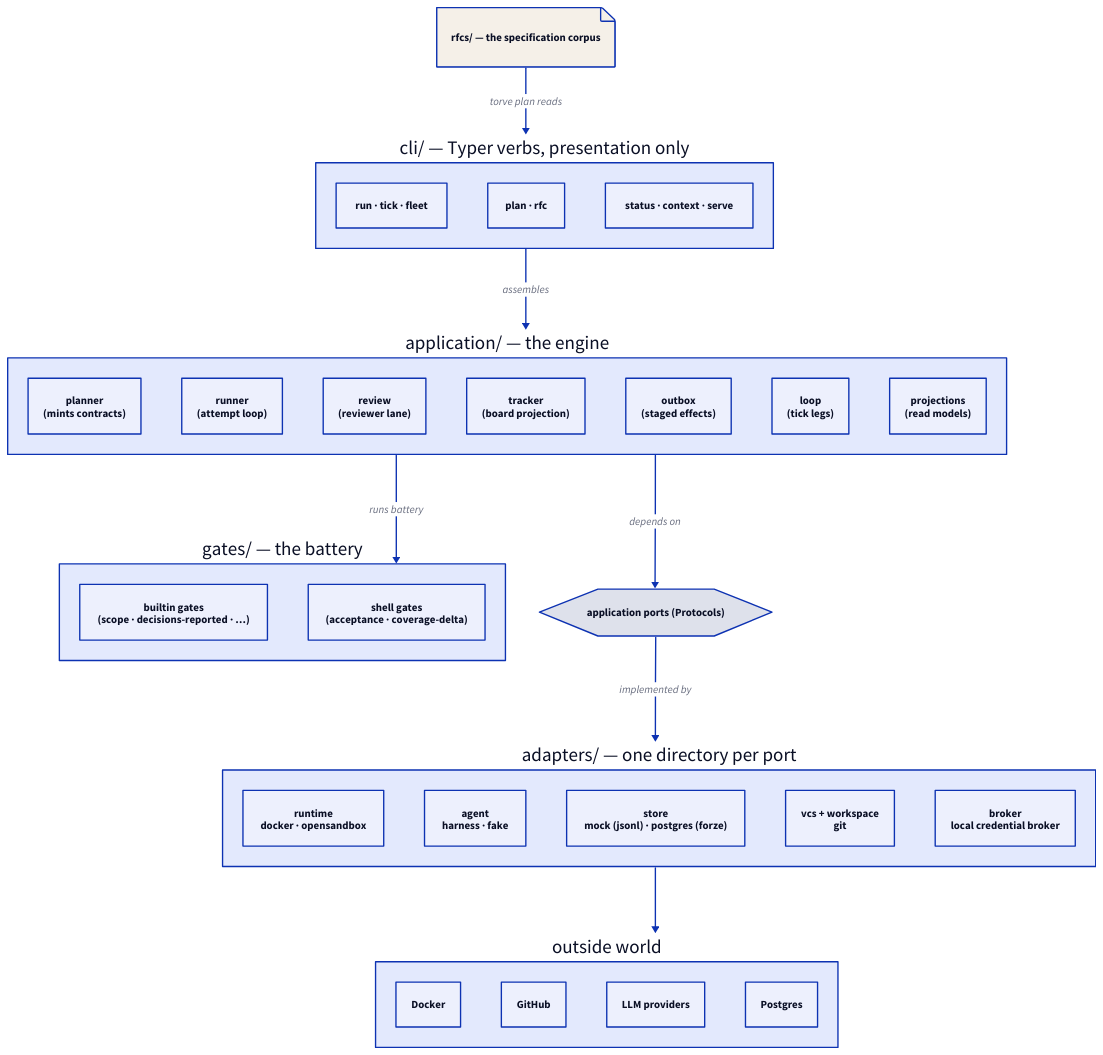
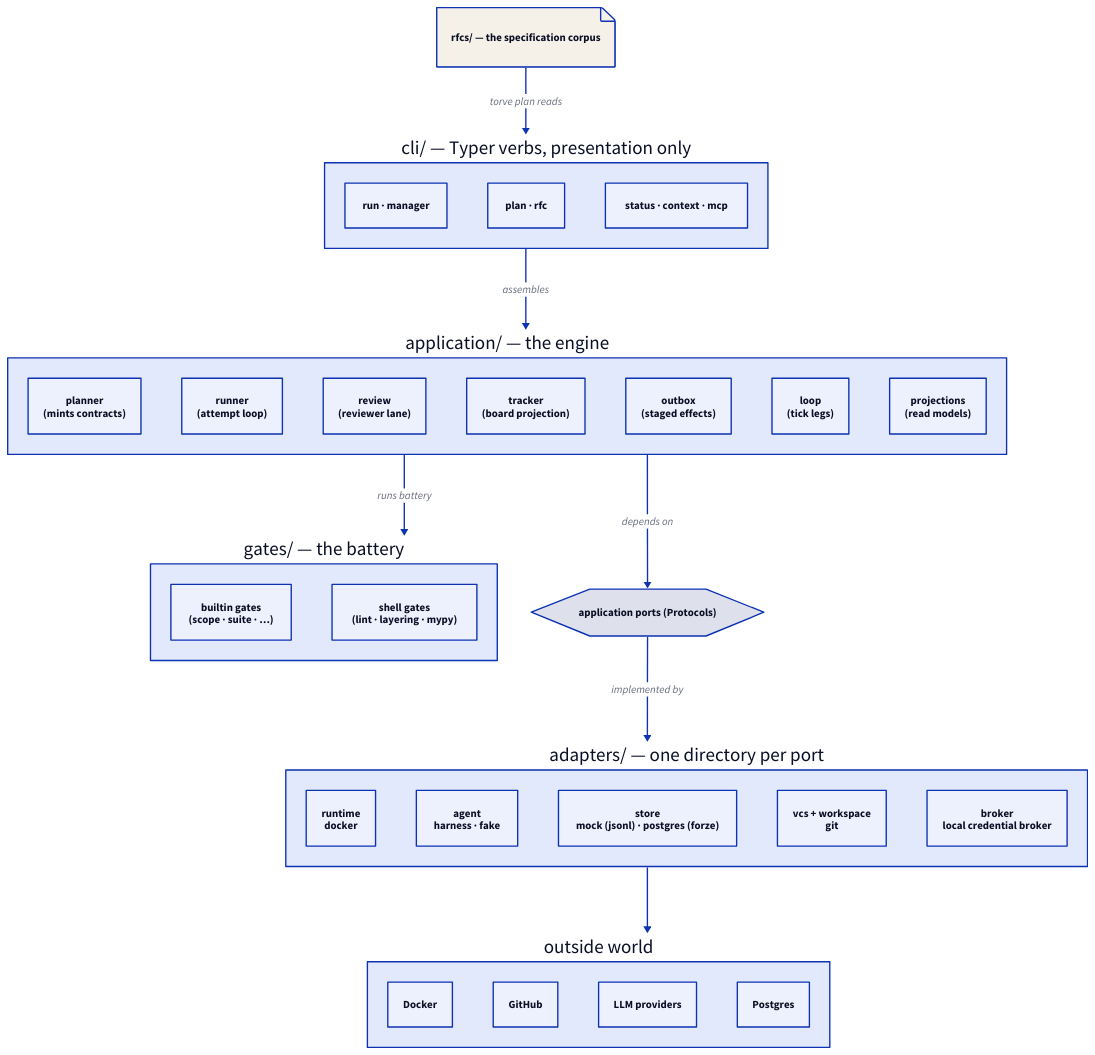
One commit to morzecrew/torve changed the diagram in pages/diagrams/layers.d2. Above: the diagram before and after it, drawn with D2. The commit also changed 193 other files, not shown here.

```diff
--- a/pages/diagrams/layers.d2
+++ b/pages/diagrams/layers.d2
@@ -1,53 +1,53 @@
 direction: down
 
 corpus: "rfcs/ — the specification corpus" {
   shape: page
   style.fill: "#f5f0e8"
 }
 
 cli: "cli/ — Typer verbs, presentation only" {
-  run: "run · tick · fleet"
+  run: "run · manager"
   plan: "plan · rfc"
-  obs: "status · context · serve"
+  obs: "status · context · mcp"
 }
 
 application: "application/ — the engine" {
   planner: "planner\n(mints contracts)"
   runner: "runner\n(attempt loop)"
   review: "review\n(reviewer lane)"
   tracker: "tracker\n(board projection)"
   outbox: "outbox\n(staged effects)"
   loop: "loop\n(tick legs)"
   projections: "projections\n(read models)"
 }
 
 gates: "gates/ — the battery" {
-  builtins: "builtin gates\n(scope · decisions-reported · …)"
-  shell: "shell gates\n(acceptance · coverage-delta)"
+  builtins: "builtin gates\n(scope · suite · …)"
+  shell: "shell gates\n(lint · layering · mypy)"
 }
 
 ports: "application ports (Protocols)" {
   shape: hexagon
 }
 
 adapters: "adapters/ — one directory per port" {
-  runtime: "runtime\ndocker · opensandbox"
+  runtime: "runtime\ndocker"
   agent: "agent\nharness · fake"
   store: "store\nmock (jsonl) · postgres (forze)"
   vcs: "vcs + workspace\ngit"
   broker: "broker\nlocal credential broker"
 }
 
 substrate: "outside world" {
   docker: Docker
   github: GitHub
   llm: "LLM providers"
   pg: Postgres
 }
 
 corpus -> cli: "torve plan reads"
 cli -> application: assembles
 application -> gates: "runs battery"
 application -> ports: "depends on"
 ports -> adapters: "implemented by"
 adapters -> substrate
```
